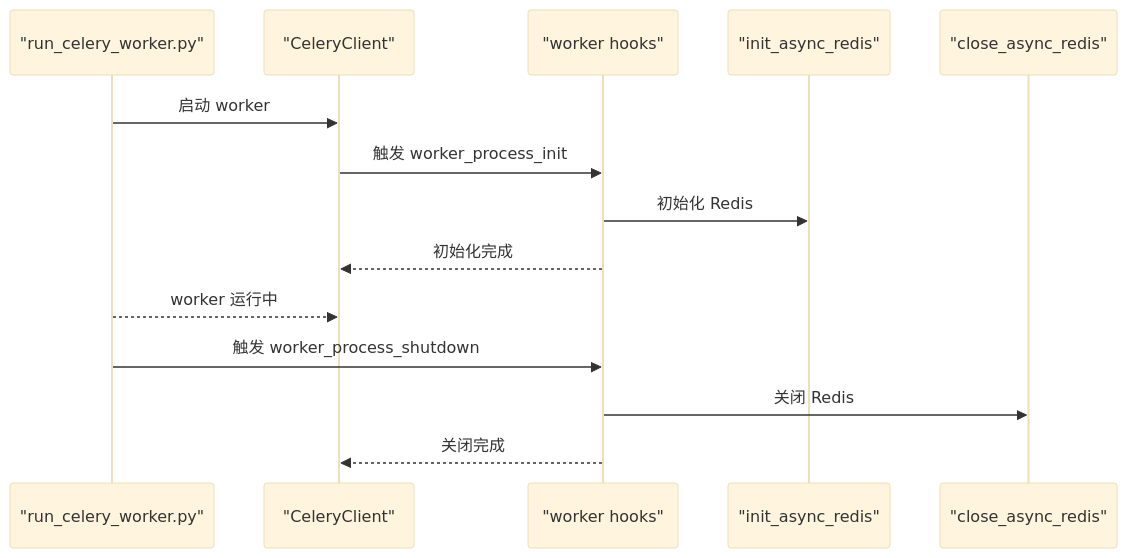
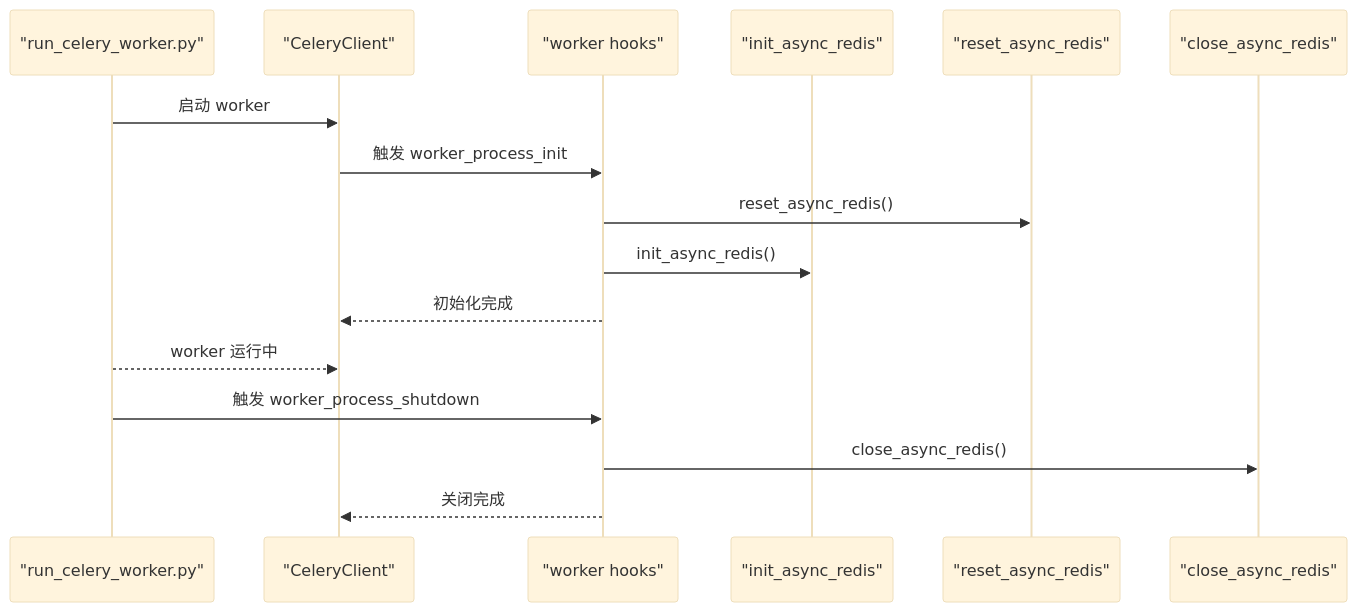
One commit to lilinzezzzzzz/fastapi-backend changed the fifth of 6 diagrams in .qoder/repowiki/zh/content/缓存系统/Redis集成.md. Above: the diagram before and after it, drawn with Mermaid (base theme). The commit also changed other lines of this file and 42 other files, not shown here.

````diff
--- a/.qoder/repowiki/zh/content/缓存系统/Redis集成.md
+++ b/.qoder/repowiki/zh/content/缓存系统/Redis集成.md
@@ -306,16 +278,18 @@
 ```mermaid
 sequenceDiagram
 participant RUN as "run_celery_worker.py"
 participant CEL as "CeleryClient"
 participant HOOK as "worker hooks"
 participant INIT as "init_async_redis"
+participant RESET as "reset_async_redis"
 participant CLOSE as "close_async_redis"
 RUN->>CEL : 启动 worker
 CEL->>HOOK : 触发 worker_process_init
-HOOK->>INIT : 初始化 Redis
+HOOK->>RESET : reset_async_redis()
+HOOK->>INIT : init_async_redis()
 HOOK-->>CEL : 初始化完成
 RUN-->>CEL : worker 运行中
 RUN->>HOOK : 触发 worker_process_shutdown
-HOOK->>CLOSE : 关闭 Redis
+HOOK->>CLOSE : close_async_redis()
 HOOK-->>CEL : 关闭完成
 ```
````
